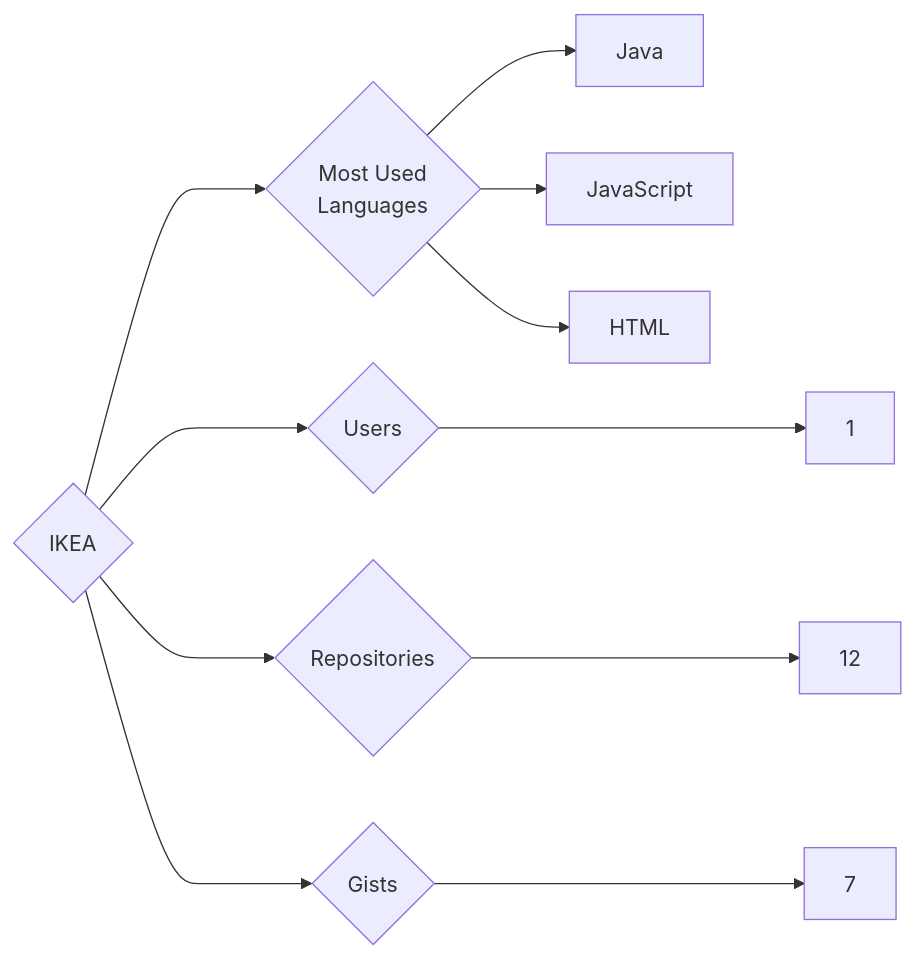
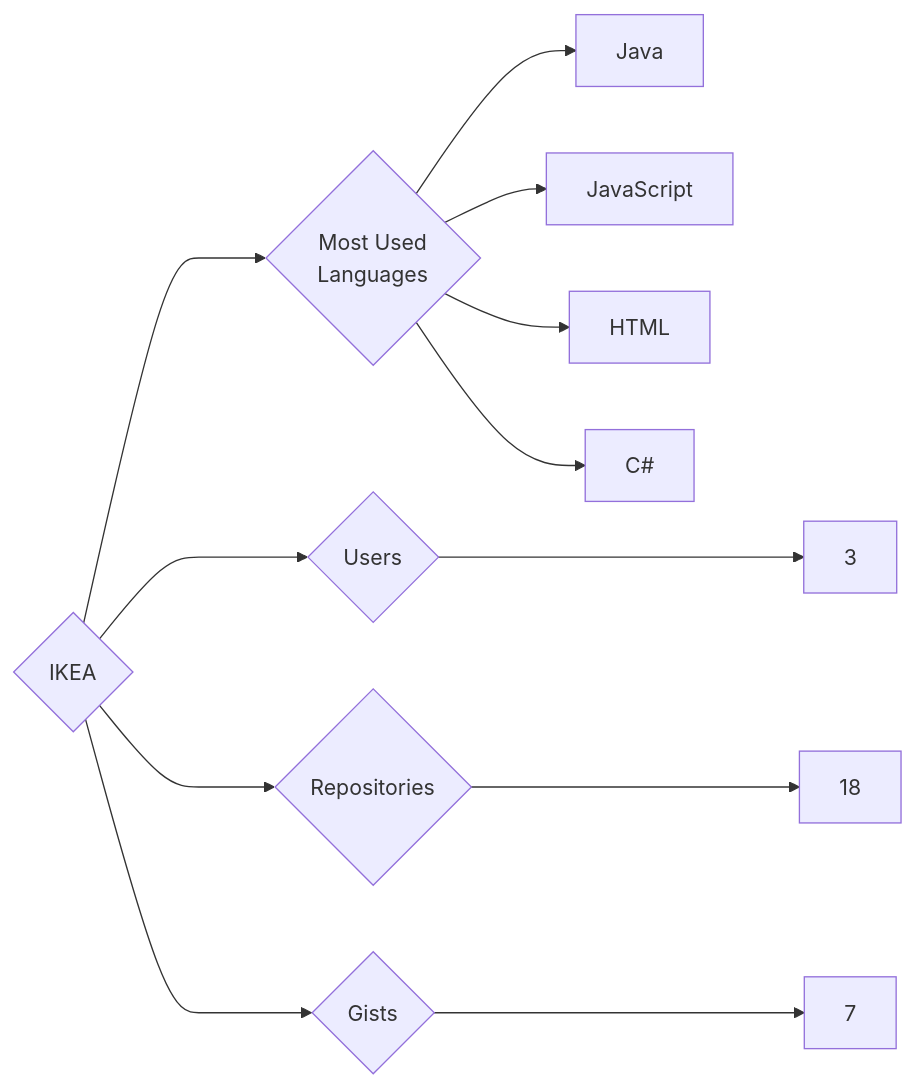
The diagram in targets/IKEA/README.md (trickest/insiders), drawn with Mermaid before and after one commit. The commit also changed 1088 other files, not shown here.

````diff
--- a/targets/IKEA/README.md
+++ b/targets/IKEA/README.md
@@ -3,11 +3,12 @@
 ```mermaid
 graph LR
 COMPANY_NAME{IKEA}
-COMPANY_NAME ---> U{Users} ---> UN[1]
-COMPANY_NAME ---> R{Repositories} ---> RN[12]
+COMPANY_NAME ---> U{Users} ---> UN[3]
+COMPANY_NAME ---> R{Repositories} ---> RN[18]
 COMPANY_NAME ---> G{Gists} ---> GN[7]
 COMPANY_NAME ---> ML{Most Used<br>Languages}
 ML --> Java[Java]
 ML --> JavaScript[JavaScript]
 ML --> HTML[HTML]
+ML --> C#[C#]
 ```
````
